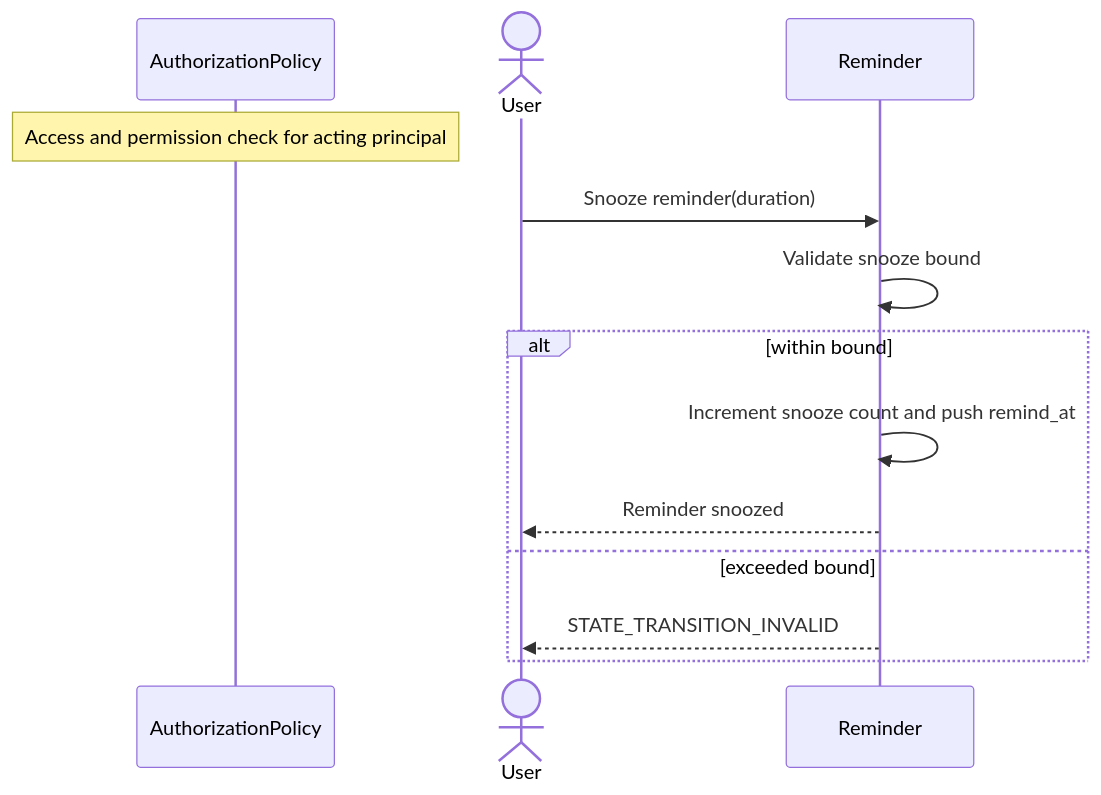
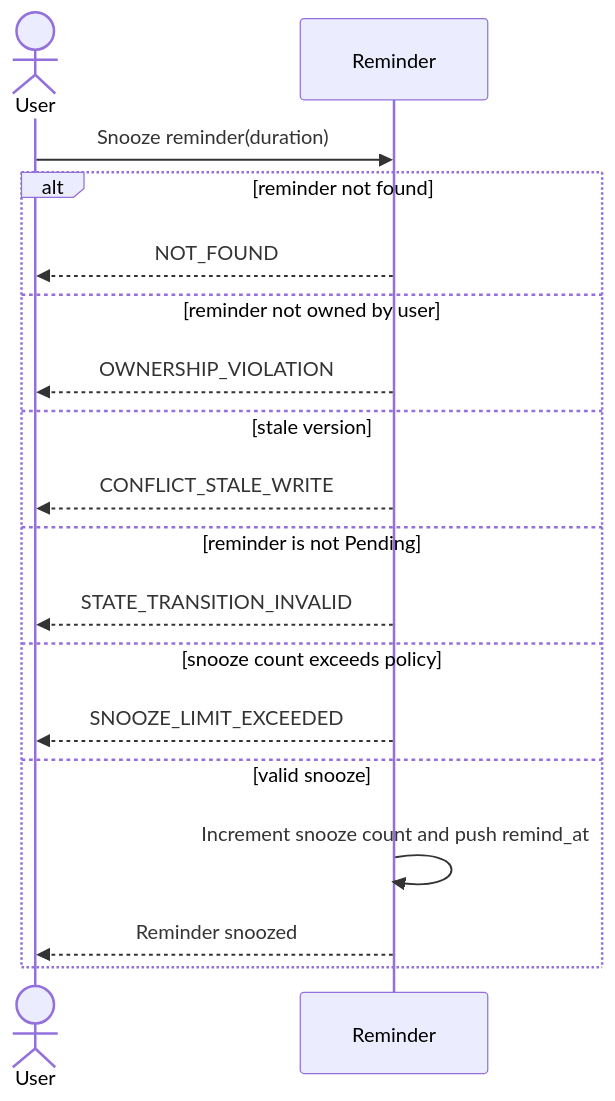
Before and after one commit to ChidiRnweke/margin: the fourth of 6 diagrams in architecture/sequence-diagrams/05-execution-reminders.md, drawn with Mermaid. The commit also changed other lines of this file and 12 other files, not shown here.

Commit message:
Enhance sequence diagrams and introduce traceability matrix

````diff
--- a/architecture/sequence-diagrams/05-execution-reminders.md
+++ b/architecture/sequence-diagrams/05-execution-reminders.md
@@ -54,15 +73,20 @@
 ```mermaid
 sequenceDiagram
-    participant G as AuthorizationPolicy
-    Note over G: Access and permission check for acting principal
     actor U as User
     participant R as Reminder
     U->>R: Snooze reminder(duration)
-    R->>R: Validate snooze bound
-    alt within bound
-      R->>R: Increment snooze count and push remind_at
-      R-->>U: Reminder snoozed
-    else exceeded bound
-      R-->>U: STATE_TRANSITION_INVALID
+    alt reminder not found
+        R-->>U: NOT_FOUND
+    else reminder not owned by user
+        R-->>U: OWNERSHIP_VIOLATION
+    else stale version
+        R-->>U: CONFLICT_STALE_WRITE
+    else reminder is not Pending
+        R-->>U: STATE_TRANSITION_INVALID
+    else snooze count exceeds policy
+        R-->>U: SNOOZE_LIMIT_EXCEEDED
+    else valid snooze
+        R->>R: Increment snooze count and push remind_at
+        R-->>U: Reminder snoozed
     end
 ```
````
